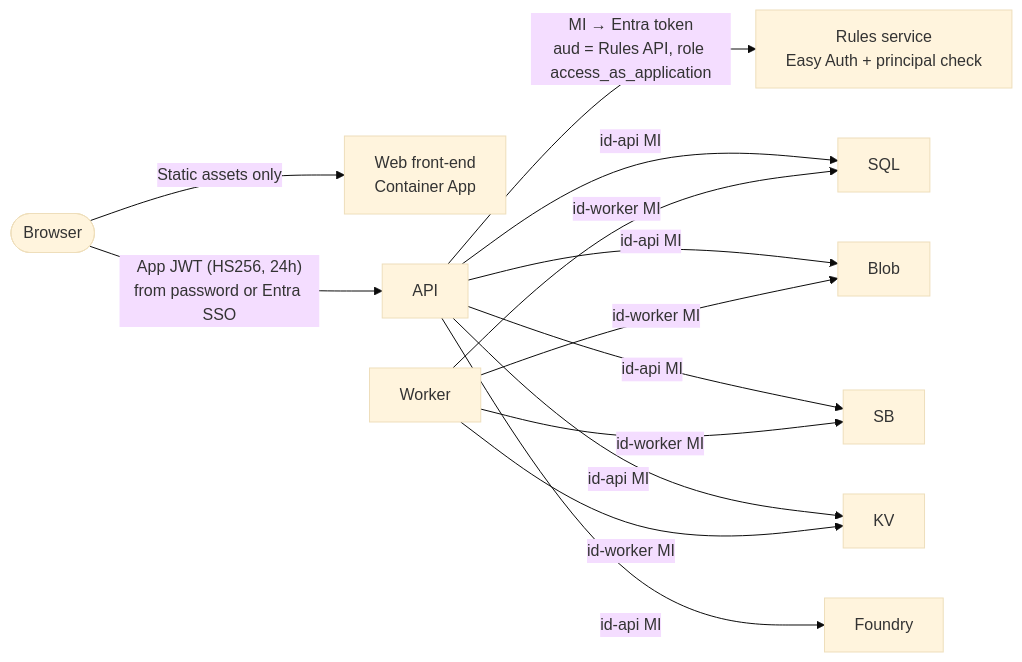
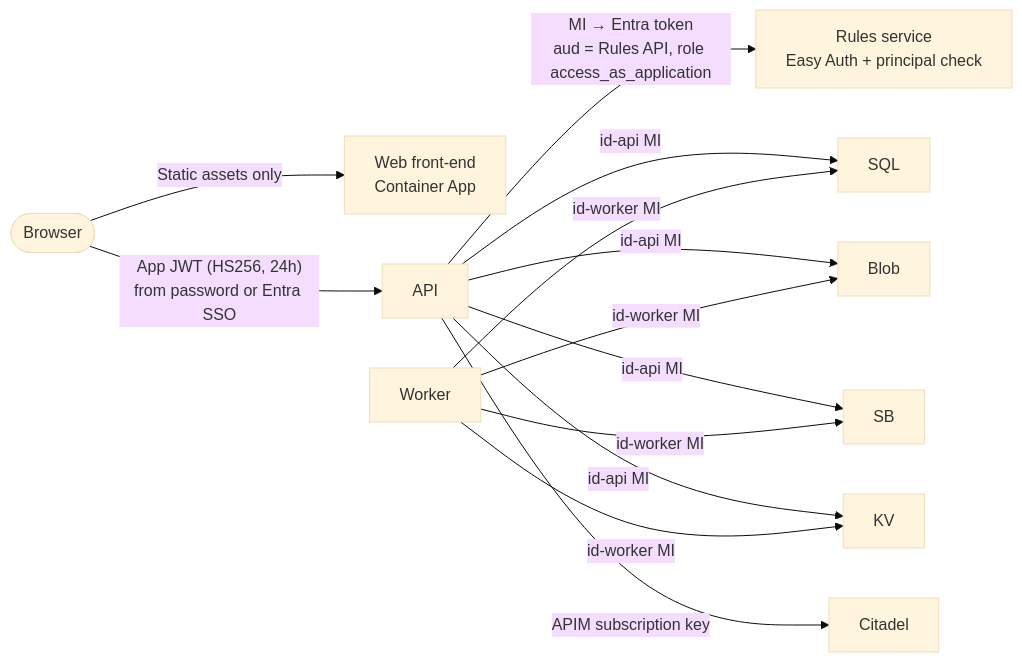
One commit to nabeelp/DataIngestionPlatform changed the fifth of 5 diagrams in docs/architecture.md. Above: the diagram before and after it, drawn with Mermaid (base theme). The commit also changed other lines of this file and 19 other files, not shown here.

First line of the commit message:
Route model requests through Citadel API Management

````diff
--- a/docs/architecture.md
+++ b/docs/architecture.md
@@ -163,8 +163,9 @@
 ```mermaid
 flowchart LR
     Browser([Browser]) -- "Static assets only" --> SPA[Web front-end<br/>Container App]
     Browser -- "App JWT (HS256, 24h)<br/>from password or Entra SSO" --> API
     API -- "MI → Entra token<br/>aud = Rules API, role access_as_application" --> RS[Rules service<br/>Easy Auth + principal check]
-    API -- "id-api MI" --> SQL & Blob & SB & KV & Foundry
+    API -- "id-api MI" --> SQL & Blob & SB & KV
+    API -- "APIM subscription key" --> Citadel
     WK[Worker] -- "id-worker MI" --> SQL & Blob & SB & KV
 ```
````
